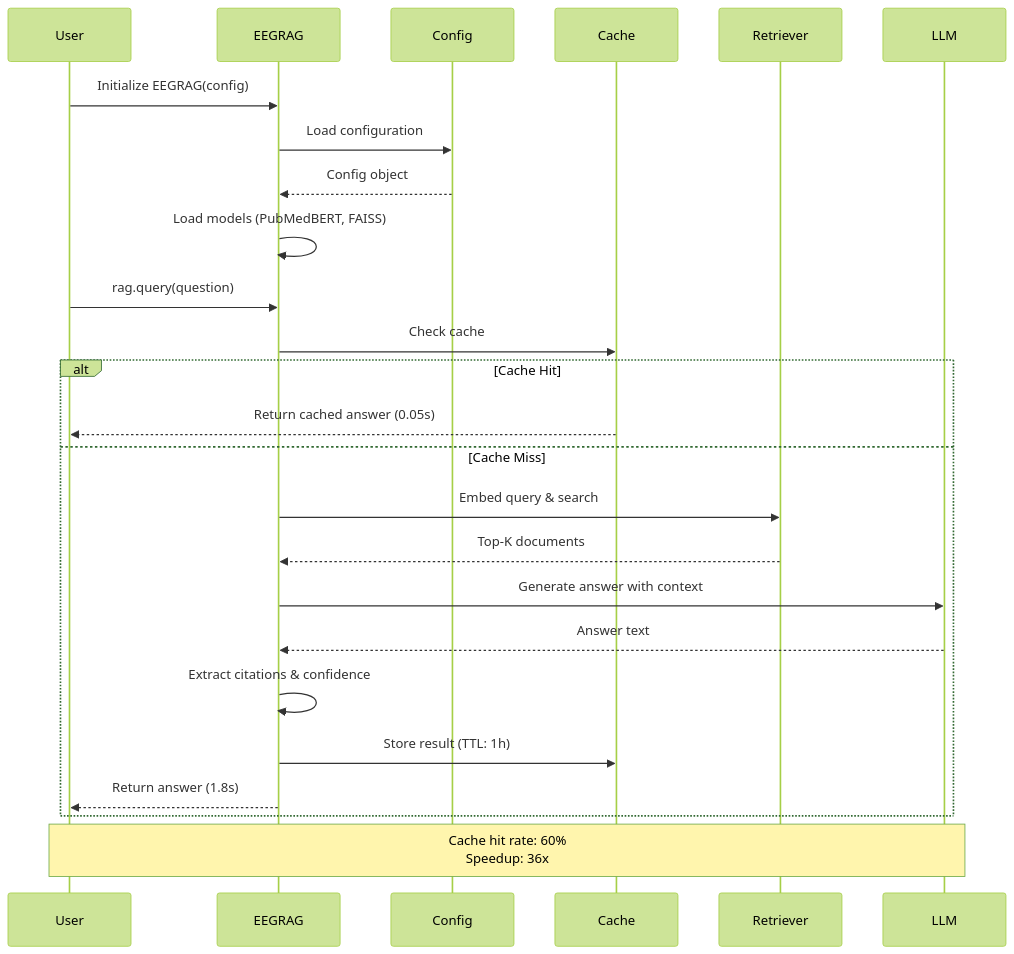
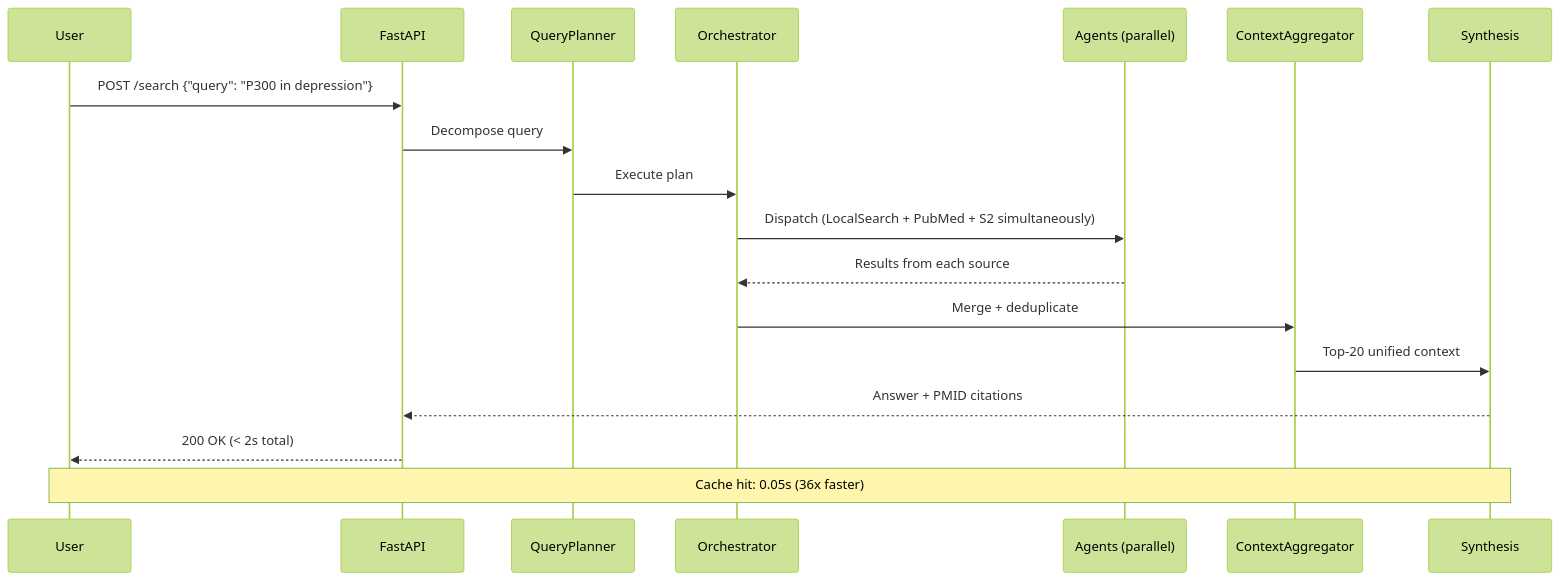
The second of 5 diagrams in README.md (hkevin01/eeg-rag), drawn with Mermaid (forest theme) before and after one commit. The commit also changed other lines of this file and 10 other files, not shown here.

````diff
--- a/README.md
+++ b/README.md
@@ -1643,30 +178,21 @@
 ```mermaid
 sequenceDiagram
-    participant User
-    participant App as EEGRAG
-    participant Config
-    participant Cache
-    participant Retriever
-    participant LLM
+    participant U as User
+    participant API as FastAPI
+    participant QP as QueryPlanner
+    participant ORCH as Orchestrator
+    participant AGENTS as Agents (parallel)
+    participant CTX as ContextAggregator
+    participant LLM as Synthesis
 
-    User->>App: Initialize EEGRAG(config)
-    App->>Config: Load configuration
-    Config-->>App: Config object
-    App->>App: Load models (PubMedBERT, FAISS)
-
-    User->>App: rag.query(question)
-    App->>Cache: Check cache
-    alt Cache Hit
-        Cache-->>User: Return cached answer (0.05s)
-    else Cache Miss
-        App->>Retriever: Embed query & search
-        Retriever-->>App: Top-K documents
-        App->>LLM: Generate answer with context
-        LLM-->>App: Answer text
-        App->>App: Extract citations & confidence
-        App->>Cache: Store result (TTL: 1h)
-        App-->>User: Return answer (1.8s)
-    end
-
-    Note over User,LLM: Cache hit rate: 60%<br/>Speedup: 36x
+    U->>API: POST /search {"query": "P300 in depression"}
+    API->>QP: Decompose query
+    QP->>ORCH: Execute plan
+    ORCH->>AGENTS: Dispatch (LocalSearch + PubMed + S2 simultaneously)
+    AGENTS-->>ORCH: Results from each source
+    ORCH->>CTX: Merge + deduplicate
+    CTX->>LLM: Top-20 unified context
+    LLM-->>API: Answer + PMID citations
+    API-->>U: 200 OK (< 2s total)
+    Note over U,LLM: Cache hit: 0.05s (36x faster)
 ```
````
